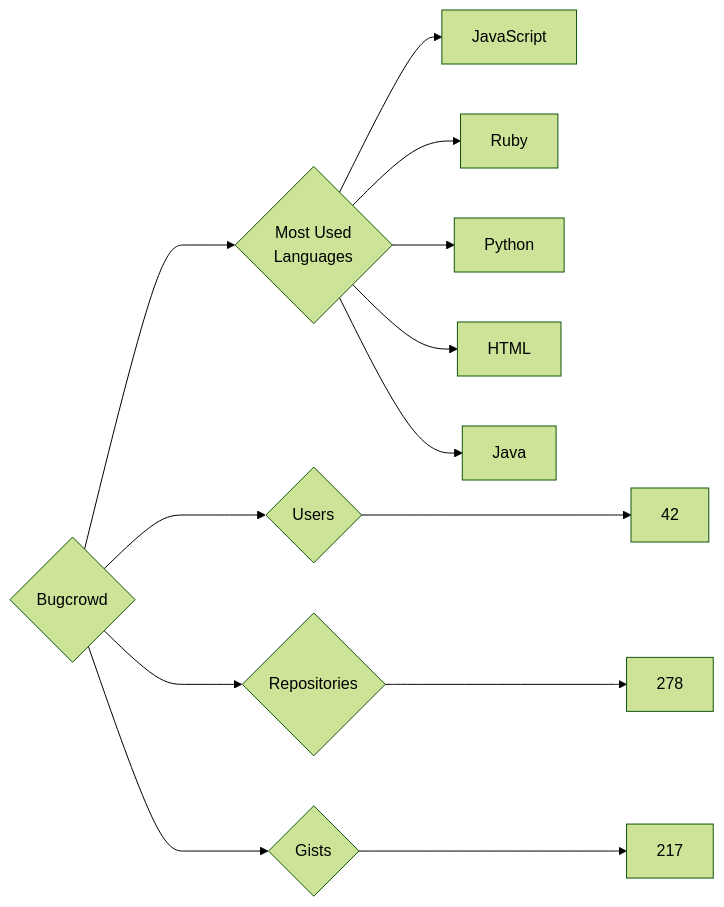
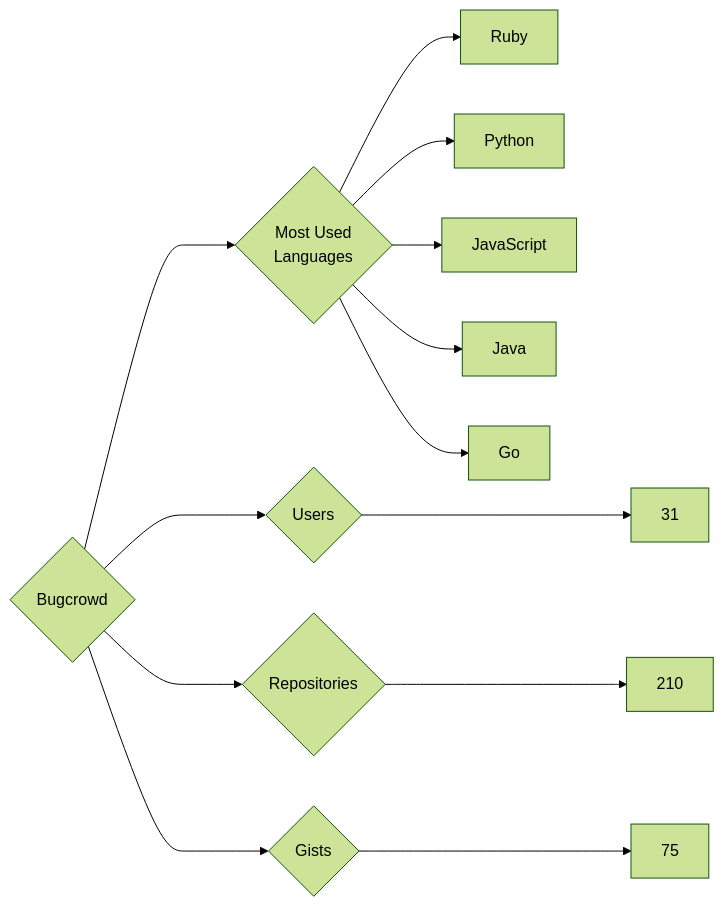
The diagram in targets/Bugcrowd/README.md (trickest/insiders), drawn with Mermaid (forest theme) before and after one commit. The commit also changed 951 other files, not shown here.

````diff
--- a/targets/Bugcrowd/README.md
+++ b/targets/Bugcrowd/README.md
@@ -3,13 +3,13 @@
 ```mermaid
 graph LR
 COMPANY_NAME{Bugcrowd}
-COMPANY_NAME ---> U{Users} ---> UN[42]
-COMPANY_NAME ---> R{Repositories} ---> RN[278]
-COMPANY_NAME ---> G{Gists} ---> GN[217]
+COMPANY_NAME ---> U{Users} ---> UN[31]
+COMPANY_NAME ---> R{Repositories} ---> RN[210]
+COMPANY_NAME ---> G{Gists} ---> GN[75]
 COMPANY_NAME ---> ML{Most Used<br>Languages}
-ML --> JavaScript[JavaScript]
 ML --> Ruby[Ruby]
 ML --> Python[Python]
-ML --> HTML[HTML]
+ML --> JavaScript[JavaScript]
 ML --> Java[Java]
+ML --> Go[Go]
 ```
````
